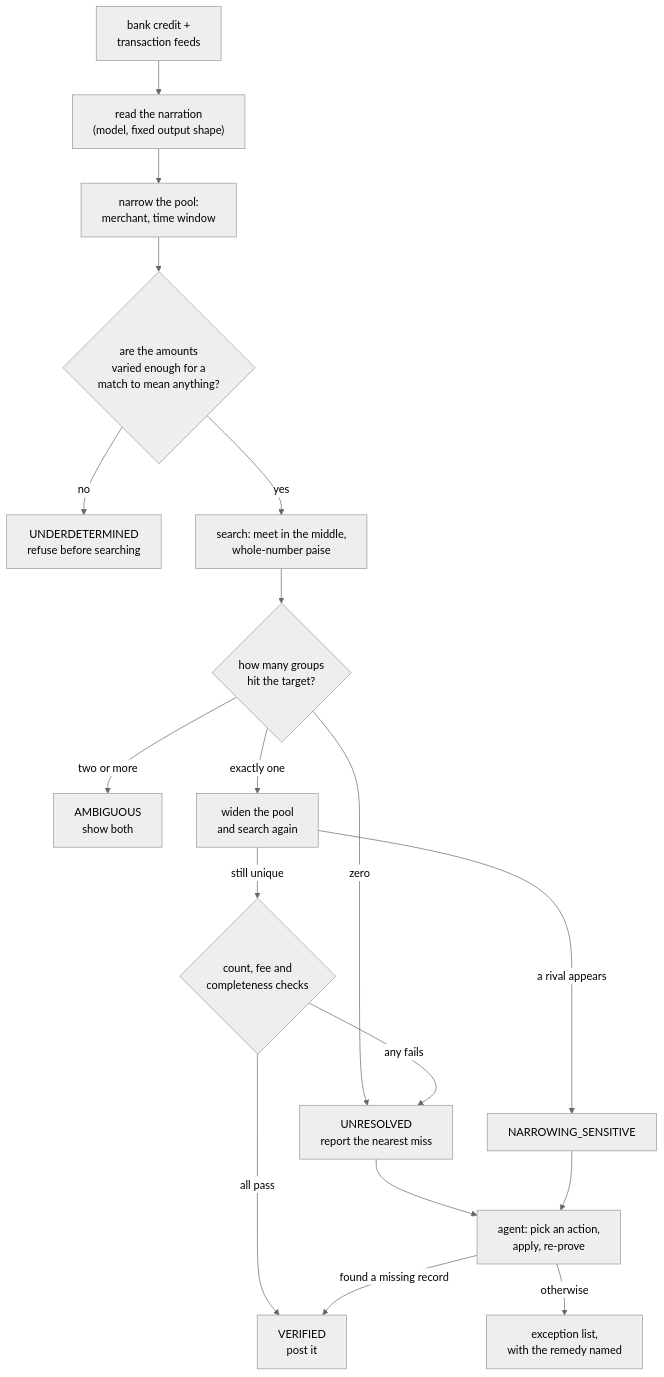
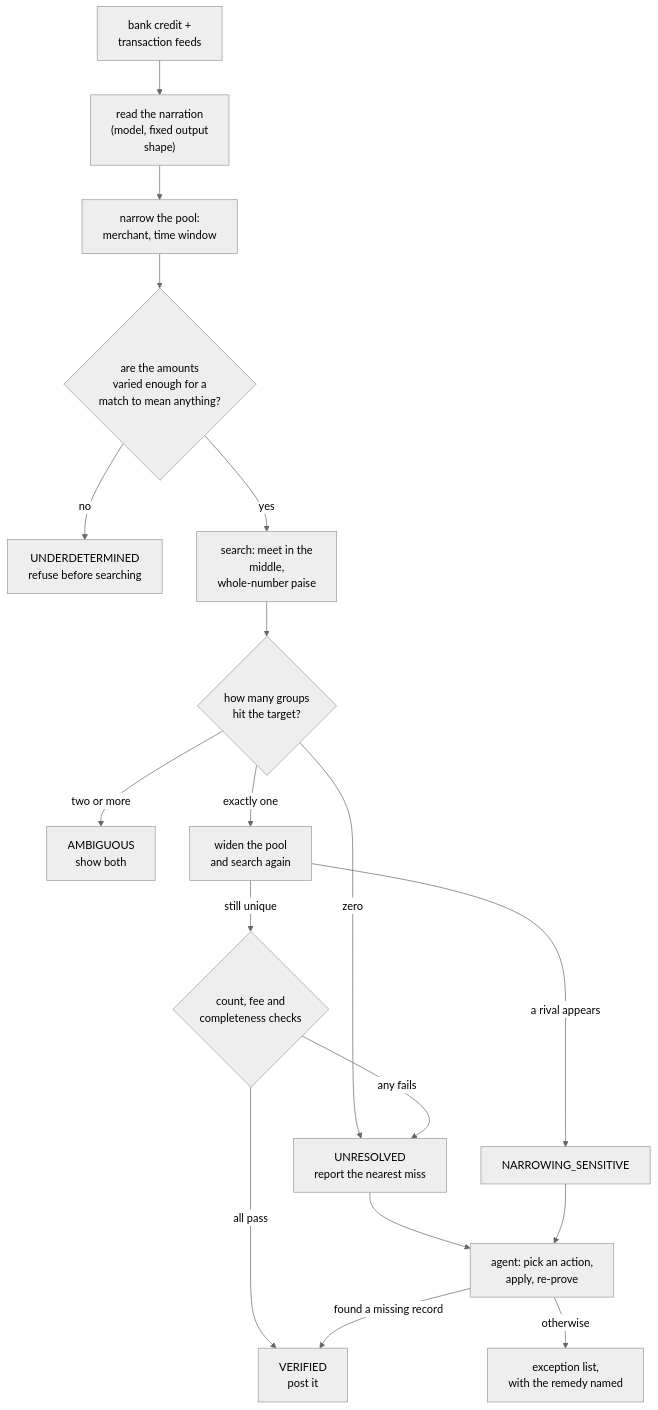
One commit to Rishi0507/Manhattan changed the diagram in docs/diagrams/explain-4.mmd. Above: the diagram before and after it, drawn with Mermaid (neutral theme). The commit also changed 8 other files, not shown here.

Commit message:
keep every mermaid label line inside the wrapping width

```diff
--- a/docs/diagrams/explain-4.mmd
+++ b/docs/diagrams/explain-4.mmd
@@ -1,18 +1,18 @@
 flowchart TB
-  I["bank credit +<br/>transaction feeds"] --> P["read the narration<br/>(model, fixed output shape)"]
+  I["bank credit +<br/>transaction feeds"] --> P["read the narration<br/>(model, fixed output<br/>shape)"]
   P --> N["narrow the pool:<br/>merchant, time window"]
   N --> E{"are the amounts<br/>varied enough for a<br/>match to mean anything?"}
   E -->|no| U["UNDERDETERMINED<br/>refuse before searching"]
-  E -->|yes| S["search: meet in the middle,<br/>whole-number paise"]
+  E -->|yes| S["search: meet in the<br/>middle,<br/>whole-number paise"]
   S --> R{"how many groups<br/>hit the target?"}
   R -->|zero| X["UNRESOLVED<br/>report the nearest miss"]
   R -->|"two or more"| AM["AMBIGUOUS<br/>show both"]
   R -->|exactly one| W["widen the pool<br/>and search again"]
   W -->|"a rival appears"| NS["NARROWING_SENSITIVE"]
   W -->|"still unique"| G{"count, fee and<br/>completeness checks"}
   G -->|"any fails"| X
   G -->|"all pass"| V["VERIFIED<br/>post it"]
   X --> AG["agent: pick an action,<br/>apply, re-prove"]
   NS --> AG
   AG -->|"found a missing record"| V
   AG -->|otherwise| EX["exception list,<br/>with the remedy named"]
```
